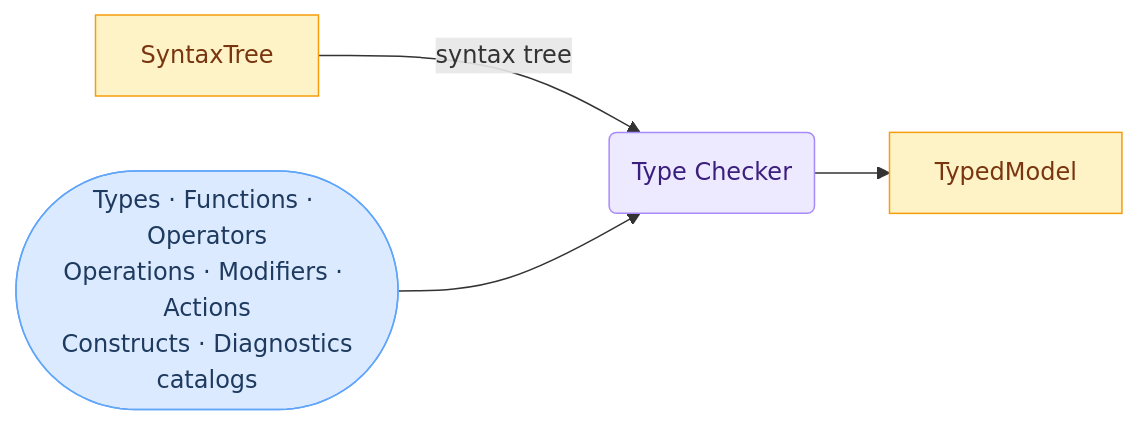
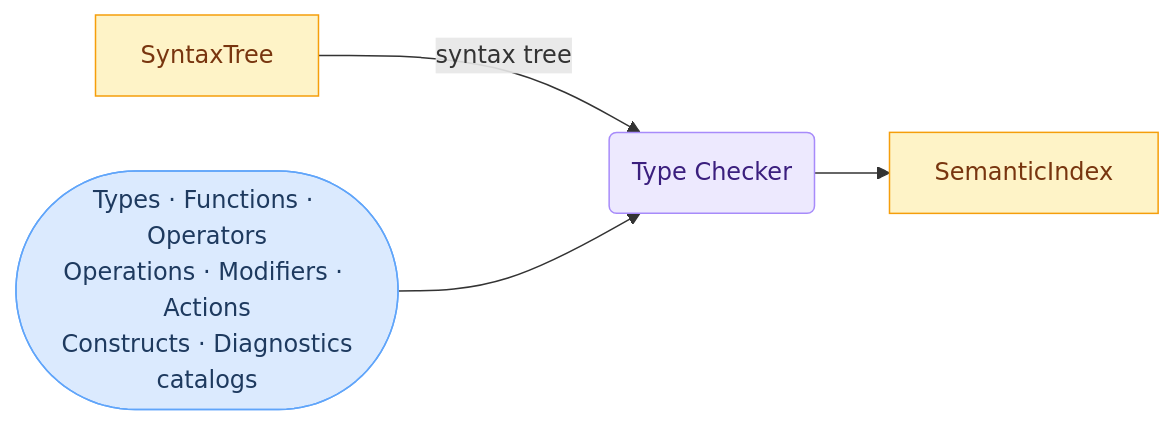
Before and after one commit to sfalik/Precept: the fourth of 9 diagrams in docs/compiler-and-runtime-design.md, drawn with Mermaid. The commit also changed other lines of this file, not shown here.

````diff
--- a/docs/compiler-and-runtime-design.md
+++ b/docs/compiler-and-runtime-design.md
@@ -274,15 +282,15 @@
 ```mermaid
 flowchart LR
     classDef input fill:#dbeafe,stroke:#60a5fa,color:#1e3a5f
     classDef stage fill:#ede9fe,stroke:#a78bfa,color:#3b1f7e
     classDef artifact fill:#fef3c7,stroke:#f59e0b,color:#78350f
 
     ST[SyntaxTree]:::artifact
     CAT(["Types · Functions · Operators<br/>Operations · Modifiers · Actions<br/>Constructs · Diagnostics<br/>catalogs"]):::input
     TC(Type Checker):::stage
-    OUT[TypedModel]:::artifact
+    OUT[SemanticIndex]:::artifact
 
     ST -->|"syntax tree"| TC
     CAT --> TC
     TC --> OUT
 ```
````
